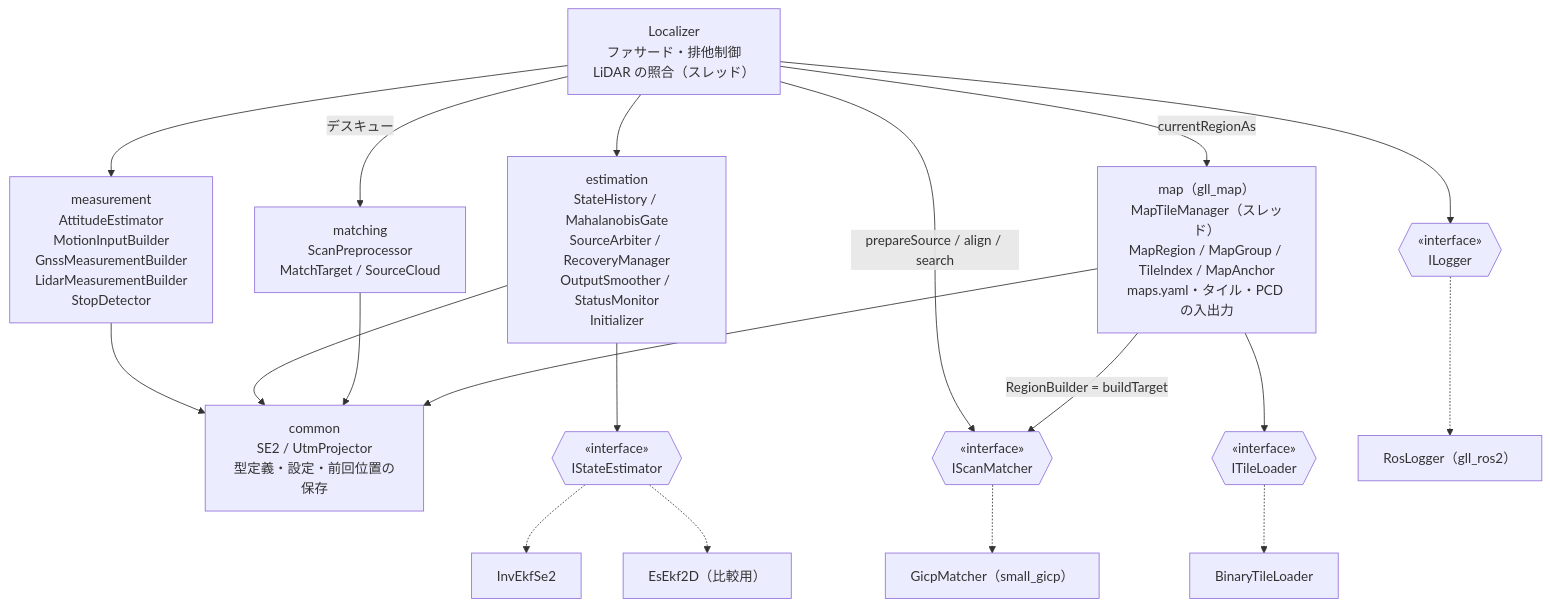
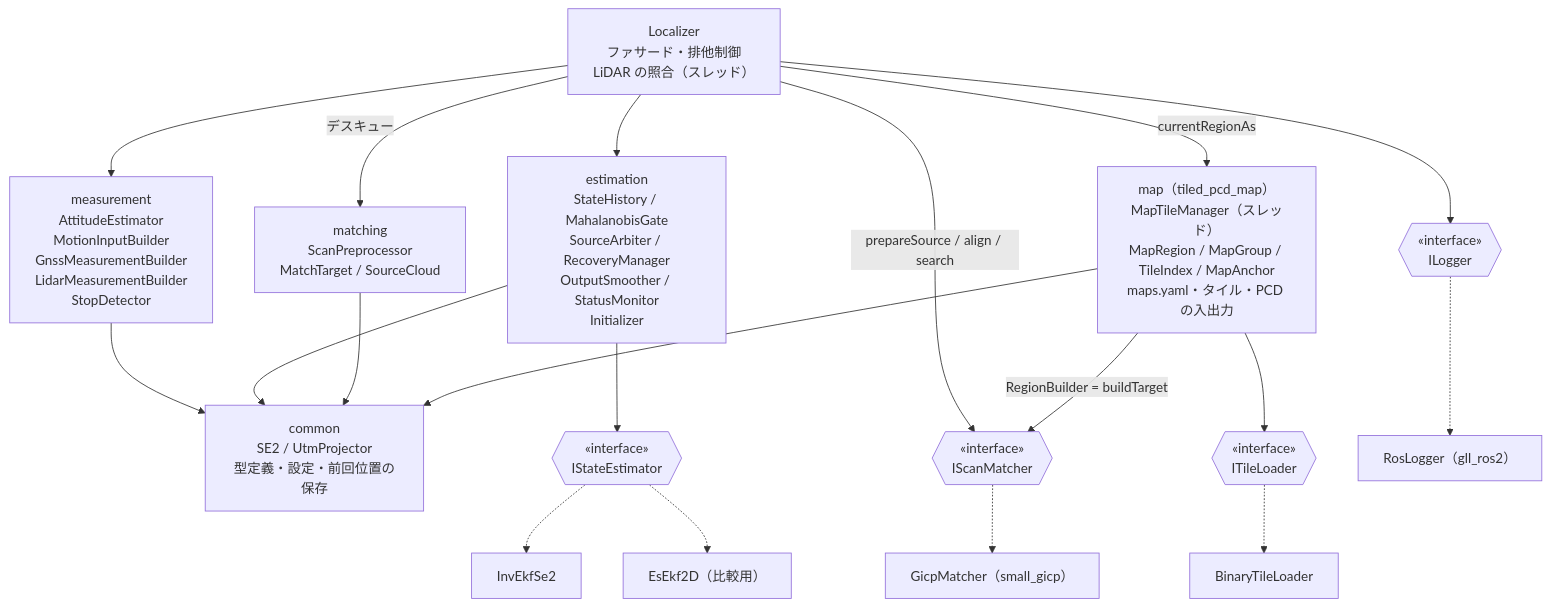
Before and after one commit to mamoru1126/gnss_and_lidar_localization: the second of 15 diagrams in docs/architecture.md, drawn with Mermaid. The commit also changed other lines of this file and 89 other files, not shown here.

First line of the commit message:
refactor: gll_map を tiled_pcd_map に改名（パッケージ・名前空間・インクルードのパス）

````diff
--- a/docs/architecture.md
+++ b/docs/architecture.md
@@ -86,42 +86,42 @@
 ```mermaid
 flowchart TB
   LOC["Localizer<br/>ファサード・排他制御<br/>LiDAR の照合（スレッド）"]
 
   MEAS["measurement<br/>AttitudeEstimator<br/>MotionInputBuilder<br/>GnssMeasurementBuilder<br/>LidarMeasurementBuilder<br/>StopDetector"]
   EST["estimation<br/>StateHistory / MahalanobisGate<br/>SourceArbiter / RecoveryManager<br/>OutputSmoother / StatusMonitor<br/>Initializer"]
   MATCH["matching<br/>ScanPreprocessor<br/>MatchTarget / SourceCloud"]
-  MAPC["map（gll_map）<br/>MapTileManager（スレッド）<br/>MapRegion / MapGroup / TileIndex / MapAnchor<br/>maps.yaml・タイル・PCD の入出力"]
+  MAPC["map（tiled_pcd_map）<br/>MapTileManager（スレッド）<br/>MapRegion / MapGroup / TileIndex / MapAnchor<br/>maps.yaml・タイル・PCD の入出力"]
   COMMON["common<br/>SE2 / UtmProjector<br/>型定義・設定・前回位置の保存"]
 
   ISE{{"«interface»<br/>IStateEstimator"}}
   ISM{{"«interface»<br/>IScanMatcher"}}
   ITL{{"«interface»<br/>ITileLoader"}}
   ILG{{"«interface»<br/>ILogger"}}
 
   INVEKF["InvEkfSe2"]
   ESEKF["EsEkf2D（比較用）"]
   GICP["GicpMatcher（small_gicp）"]
   BTL["BinaryTileLoader"]
   RLOG["RosLogger（gll_ros2）"]
 
   LOC --> MEAS
   LOC --> EST
   LOC -->|"デスキュー"| MATCH
   LOC -->|"currentRegionAs"| MAPC
   LOC -->|"prepareSource / align / search"| ISM
   LOC --> ILG
 
   EST --> ISE
   ISE -.-> INVEKF
   ISE -.-> ESEKF
   ISM -.-> GICP
   MAPC -->|"RegionBuilder = buildTarget"| ISM
   MAPC --> ITL
   ITL -.-> BTL
   ILG -.-> RLOG
 
   MEAS --> COMMON
   EST --> COMMON
   MATCH --> COMMON
   MAPC --> COMMON
 ```
````
